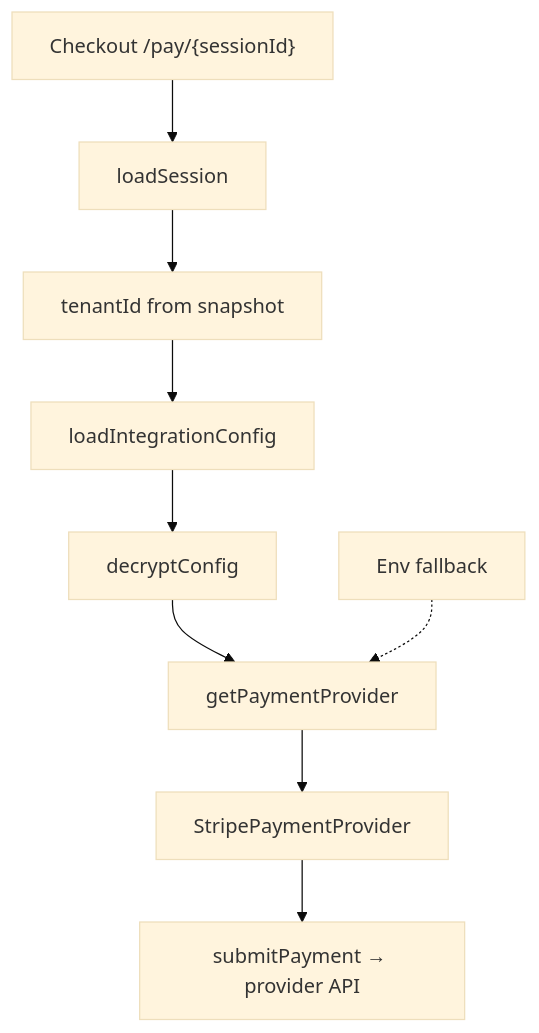
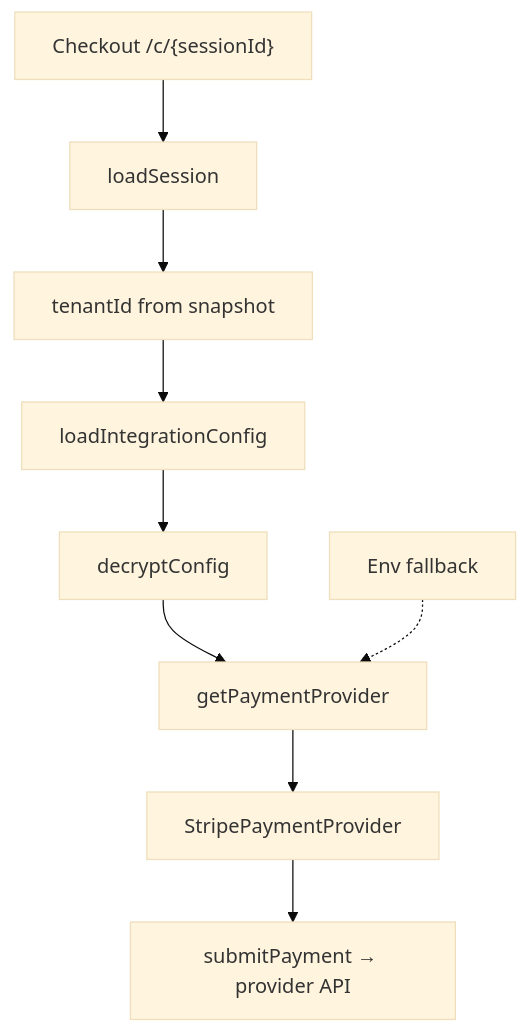
One commit to rodrigobarona/commerce.js-nextjs-clone changed the diagram in apps/docs/content/docs/guides/payment-integration.mdx. Above: the diagram before and after it, drawn with Mermaid (base theme). The commit also changed other lines of this file and 98 other files, not shown here.

````diff
--- a/apps/docs/content/docs/guides/payment-integration.mdx
+++ b/apps/docs/content/docs/guides/payment-integration.mdx
@@ -128,16 +128,16 @@
 ```mermaid
 flowchart TB
-  PAY["Checkout /pay/{sessionId}"]
+  PAY["Checkout /c/{sessionId}"]
   LOAD[loadSession]
   TENANT["tenantId from snapshot"]
   CFG[loadIntegrationConfig]
   DEC[decryptConfig]
   FACTORY[getPaymentProvider]
   ENV[Env fallback]
   PP[StripePaymentProvider]
   API[submitPayment → provider API]
 
   PAY --> LOAD --> TENANT --> CFG --> DEC --> FACTORY
   ENV -.-> FACTORY
   FACTORY --> PP --> API
 ```
````
